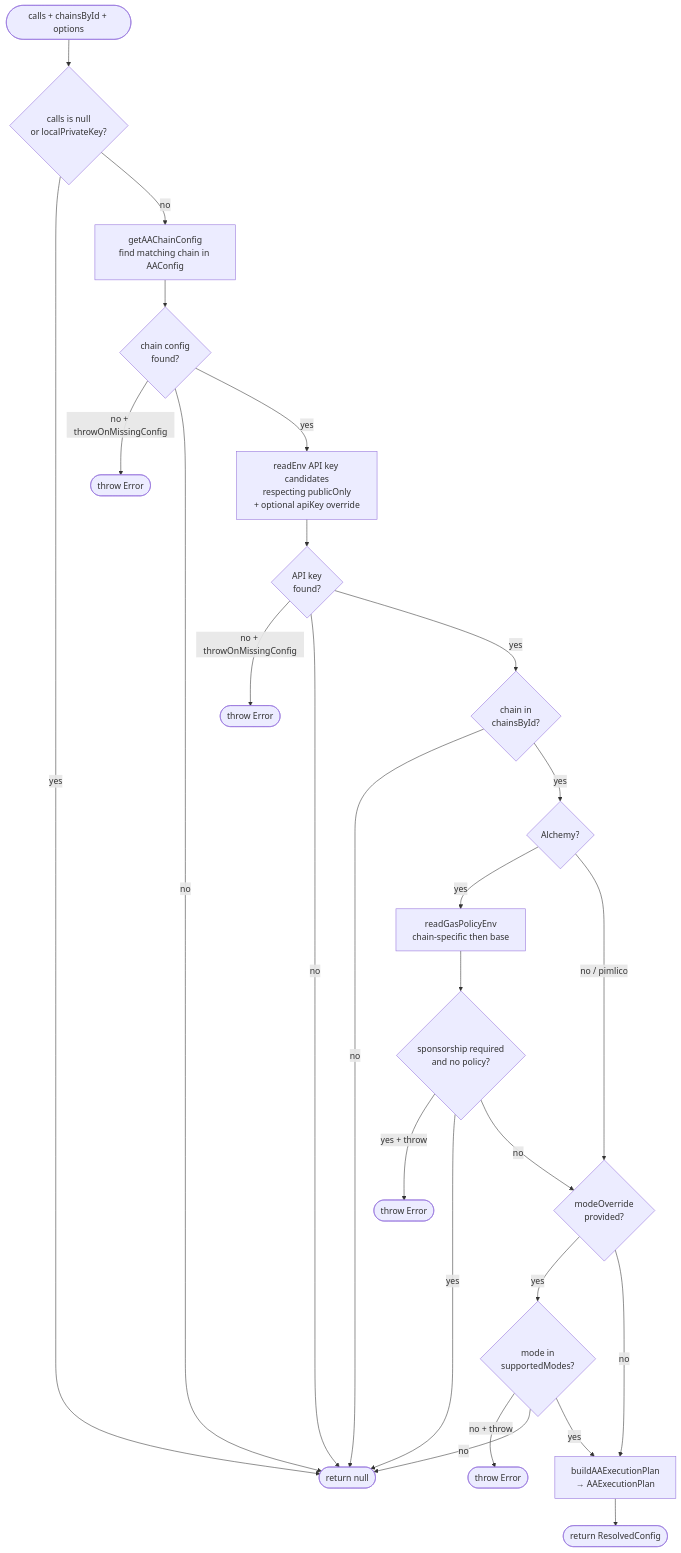
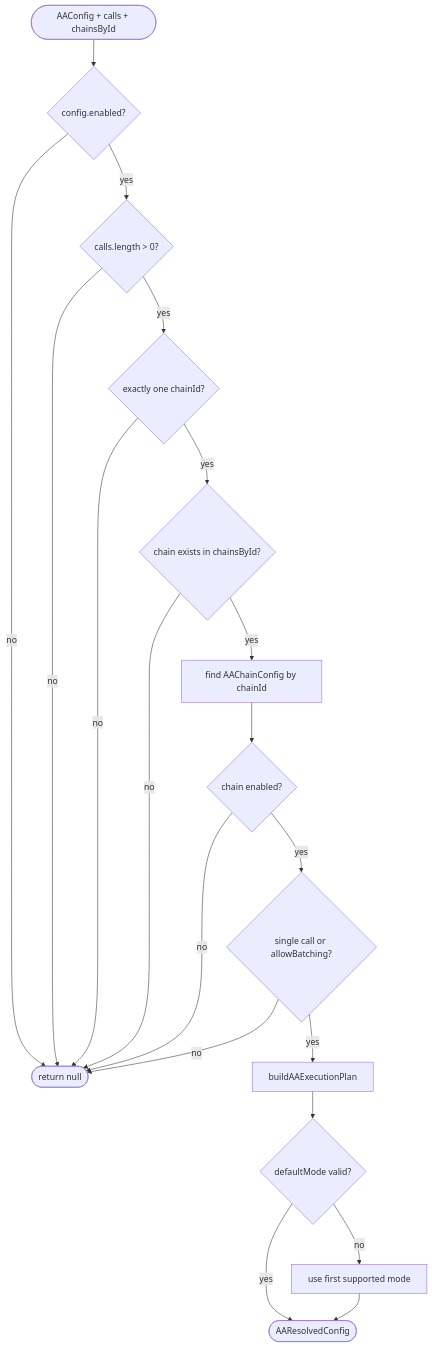
One commit to aomi-labs/aomi-widget changed the second of 10 diagrams in specs/AA-ARCH.md. Above: the diagram before and after it, drawn with Mermaid. The commit also changed other lines of this file and 43 other files, not shown here.

````diff
--- a/specs/AA-ARCH.md
+++ b/specs/AA-ARCH.md
@@ -124,36 +192,21 @@
 ```mermaid
 flowchart TD
-    START([calls + chainsById + options]) --> NULL_CHECK{calls is null<br/>or localPrivateKey?}
-    NULL_CHECK -->|yes| RET_NULL([return null])
-    NULL_CHECK -->|no| CHAIN_CFG[getAAChainConfig<br/>find matching chain in AAConfig]
-
-    CHAIN_CFG --> CHAIN_OK{chain config<br/>found?}
-    CHAIN_OK -->|no + throwOnMissingConfig| THROW1([throw Error])
-    CHAIN_OK -->|no| RET_NULL
-    CHAIN_OK -->|yes| READ_KEY[readEnv API key candidates<br/>respecting publicOnly<br/>+ optional apiKey override]
-
-    READ_KEY --> KEY_OK{API key<br/>found?}
-    KEY_OK -->|no + throwOnMissingConfig| THROW2([throw Error])
-    KEY_OK -->|no| RET_NULL
-    KEY_OK -->|yes| CHAIN_LOOKUP{chain in<br/>chainsById?}
-
-    CHAIN_LOOKUP -->|no| RET_NULL
-    CHAIN_LOOKUP -->|yes| GAS{Alchemy?}
-
-    GAS -->|yes| GAS_POL[readGasPolicyEnv<br/>chain-specific then base]
-    GAS -->|no / pimlico| MODE_CHECK
-
-    GAS_POL --> SPONSOR_CHECK{sponsorship required<br/>and no policy?}
-    SPONSOR_CHECK -->|yes + throw| THROW3([throw Error])
-    SPONSOR_CHECK -->|yes| RET_NULL
-    SPONSOR_CHECK -->|no| MODE_CHECK
-
-    MODE_CHECK{modeOverride<br/>provided?}
-    MODE_CHECK -->|yes| VALIDATE_MODE{mode in<br/>supportedModes?}
-    VALIDATE_MODE -->|no + throw| THROW4([throw Error])
-    VALIDATE_MODE -->|no| RET_NULL
-    VALIDATE_MODE -->|yes| BUILD_PLAN
-    MODE_CHECK -->|no| BUILD_PLAN
-
-    BUILD_PLAN[buildAAExecutionPlan<br/>→ AAExecutionPlan] --> RETURN([return ResolvedConfig])
+    START([AAConfig + calls + chainsById]) --> ENABLED{config.enabled?}
+    ENABLED -->|no| RET_NULL([return null])
+    ENABLED -->|yes| CALLS{calls.length > 0?}
+    CALLS -->|no| RET_NULL
+    CALLS -->|yes| ONE_CHAIN{exactly one chainId?}
+    ONE_CHAIN -->|no| RET_NULL
+    ONE_CHAIN -->|yes| KNOWN_CHAIN{chain exists in chainsById?}
+    KNOWN_CHAIN -->|no| RET_NULL
+    KNOWN_CHAIN -->|yes| CHAIN_CFG[find AAChainConfig by chainId]
+    CHAIN_CFG --> CHAIN_ENABLED{chain enabled?}
+    CHAIN_ENABLED -->|no| RET_NULL
+    CHAIN_ENABLED -->|yes| BATCH_OK{single call or allowBatching?}
+    BATCH_OK -->|no| RET_NULL
+    BATCH_OK -->|yes| PLAN[buildAAExecutionPlan]
+    PLAN --> MODE{defaultMode valid?}
+    MODE -->|yes| RESOLVED([AAResolvedConfig])
+    MODE -->|no| FIRST_SUPPORTED[use first supported mode]
+    FIRST_SUPPORTED --> RESOLVED
 ```
````
